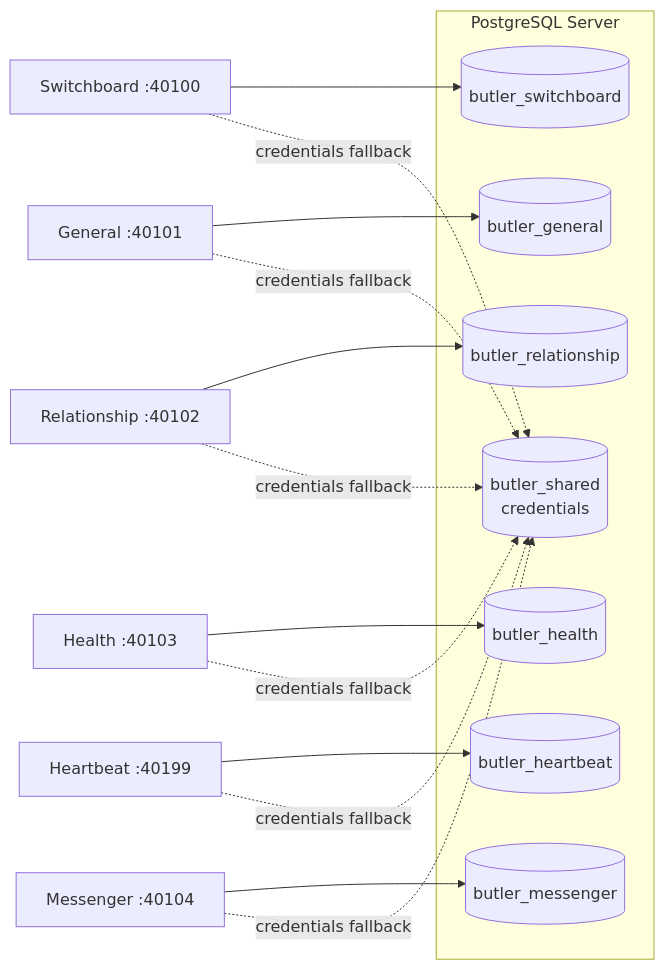
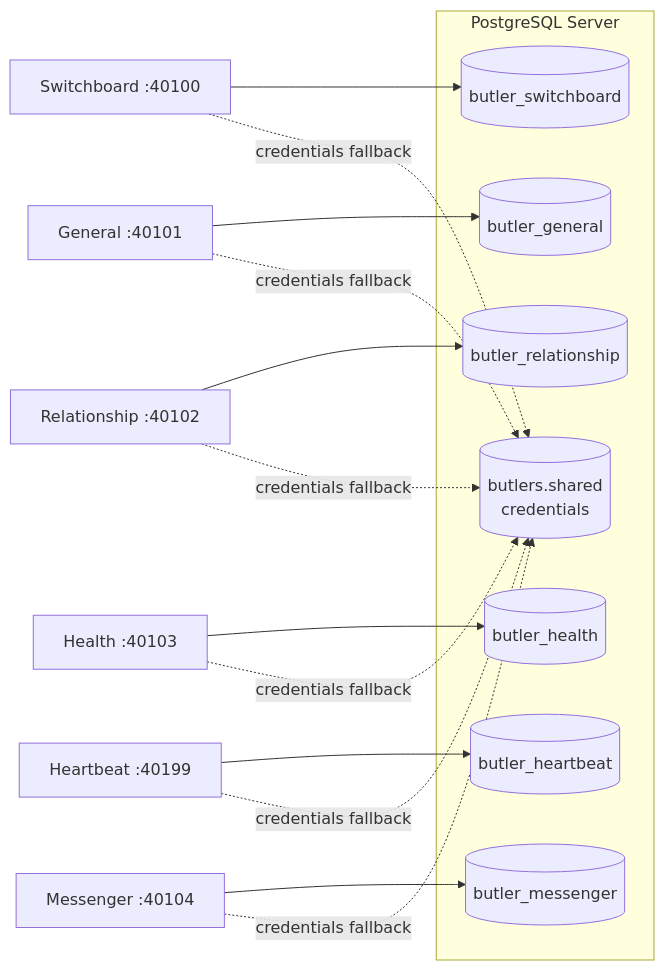
One commit to Tzeusy/butlers changed the fifth of 5 diagrams in docs/architecture/system-architecture.md. Above: the diagram before and after it, drawn with Mermaid. The commit also changed 23 other files, not shown here.

````diff
--- a/docs/architecture/system-architecture.md
+++ b/docs/architecture/system-architecture.md
@@ -493,25 +493,25 @@
 ```mermaid
 graph LR
     subgraph PG["PostgreSQL Server"]
         DB_SW[("butler_switchboard")]
-        DB_SHARED[("butler_shared<br/>credentials")]
+        DB_SHARED[("butlers.shared<br/>credentials")]
         DB_GEN[("butler_general")]
         DB_REL[("butler_relationship")]
         DB_HEALTH[("butler_health")]
         DB_HB[("butler_heartbeat")]
         DB_MSG[("butler_messenger")]
     end
 
     SW["Switchboard :40100"] --> DB_SW
     GEN["General :40101"] --> DB_GEN
     REL["Relationship :40102"] --> DB_REL
     HEALTH["Health :40103"] --> DB_HEALTH
     HB["Heartbeat :40199"] --> DB_HB
     MSG["Messenger :40104"] --> DB_MSG
     SW -. credentials fallback .-> DB_SHARED
     GEN -. credentials fallback .-> DB_SHARED
     REL -. credentials fallback .-> DB_SHARED
     HEALTH -. credentials fallback .-> DB_SHARED
     HB -. credentials fallback .-> DB_SHARED
     MSG -. credentials fallback .-> DB_SHARED
 ```
````
